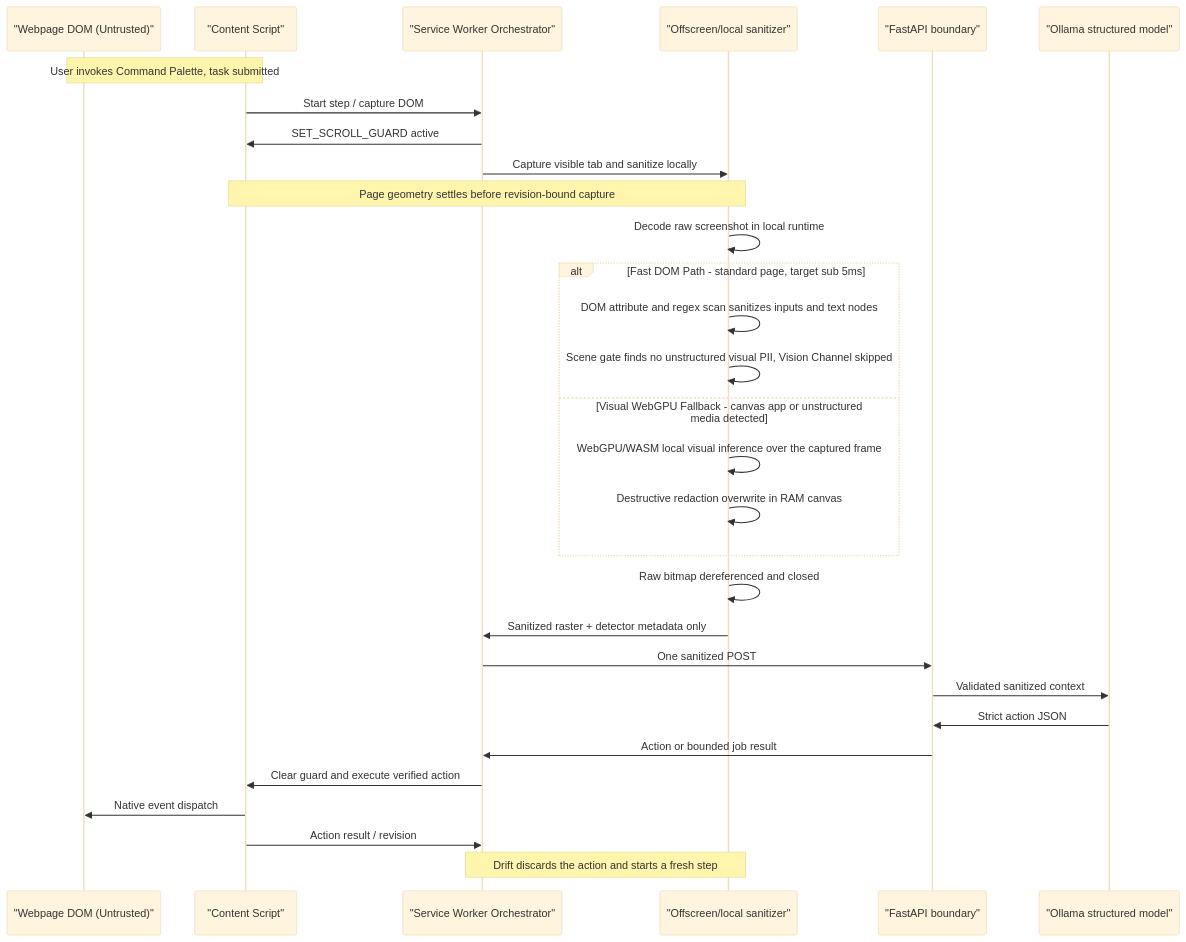
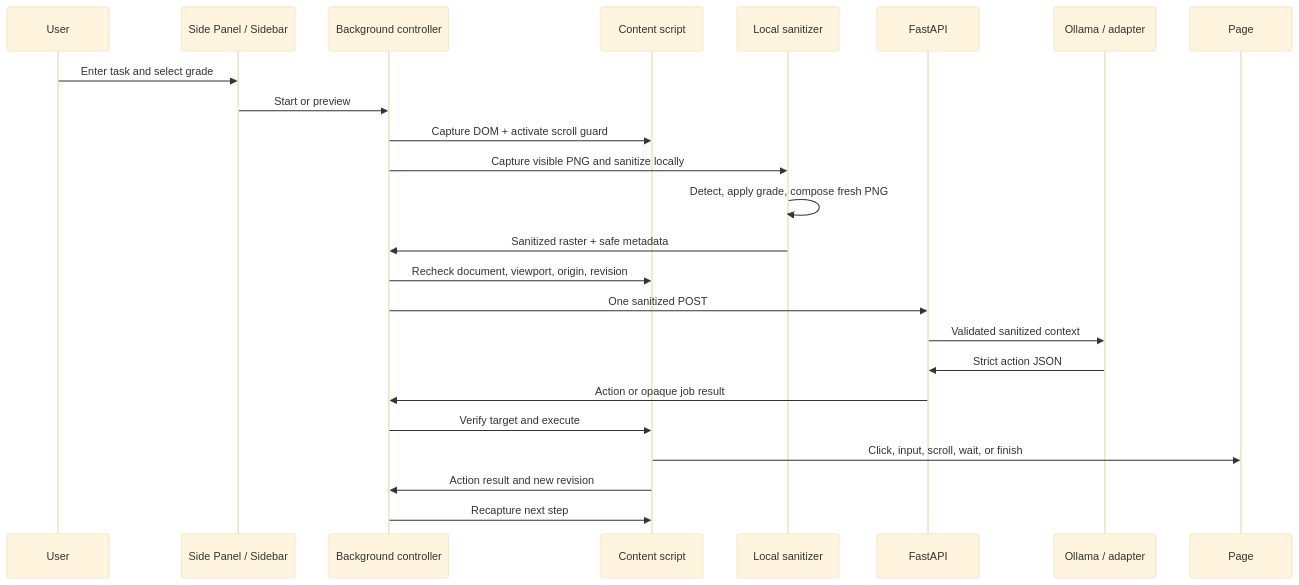
Before and after one commit to Rohinth-S/NAYAN: the third of 3 diagrams in README.md, drawn with Mermaid (base theme). The commit also changed other lines of this file, not shown here.

Commit message:
docs: overhaul architecture README

````diff
--- a/README.md
+++ b/README.md
@@ -121,33 +149,27 @@
 ```mermaid
 sequenceDiagram
-    participant DOM as "Webpage DOM (Untrusted)"
-    participant CS as "Content Script"
-    participant SW as "Service Worker Orchestrator"
-    participant OS as "Offscreen/local sanitizer"
-    participant API as "FastAPI boundary"
-    participant VLM as "Ollama structured model"
+    participant User
+    participant UI as Side Panel / Sidebar
+    participant SW as Background controller
+    participant CS as Content script
+    participant Local as Local sanitizer
+    participant API as FastAPI
+    participant Model as Ollama / adapter
+    participant Page
 
-    Note over DOM,CS: User invokes Command Palette, task submitted
-    CS->>SW: Start step / capture DOM
-    SW->>CS: SET_SCROLL_GUARD active
-    SW->>OS: Capture visible tab and sanitize locally
-    Note over CS,OS: Page geometry settles before revision-bound capture
-    OS->>OS: Decode raw screenshot in local runtime
-    alt Fast DOM Path - standard page, target sub 5ms
-        OS->>OS: DOM attribute and regex scan sanitizes inputs and text nodes
-        OS->>OS: Scene gate finds no unstructured visual PII, Vision Channel skipped
-    else Visual WebGPU Fallback - canvas app or unstructured media detected
-        OS->>OS: WebGPU/WASM local visual inference over the captured frame
-        OS->>OS: Destructive redaction overwrite in RAM canvas
-    end
-    OS->>OS: Raw bitmap dereferenced and closed
-    OS->>SW: Sanitized raster + detector metadata only
+    User->>UI: Enter task and select grade
+    UI->>SW: Start or preview
+    SW->>CS: Capture DOM + activate scroll guard
+    SW->>Local: Capture visible PNG and sanitize locally
+    Local->>Local: Detect, apply grade, compose fresh PNG
+    Local->>SW: Sanitized raster + safe metadata
+    SW->>CS: Recheck document, viewport, origin, revision
     SW->>API: One sanitized POST
-    API->>VLM: Validated sanitized context
-    VLM->>API: Strict action JSON
-    API->>SW: Action or bounded job result
-    SW->>CS: Clear guard and execute verified action
-    CS->>DOM: Native event dispatch
-    CS->>SW: Action result / revision
-    Note over SW,OS: Drift discards the action and starts a fresh step
+    API->>Model: Validated sanitized context
+    Model->>API: Strict action JSON
+    API->>SW: Action or opaque job result
+    SW->>CS: Verify target and execute
+    CS->>Page: Click, input, scroll, wait, or finish
+    CS->>SW: Action result and new revision
+    SW->>CS: Recapture next step
 ```
````
